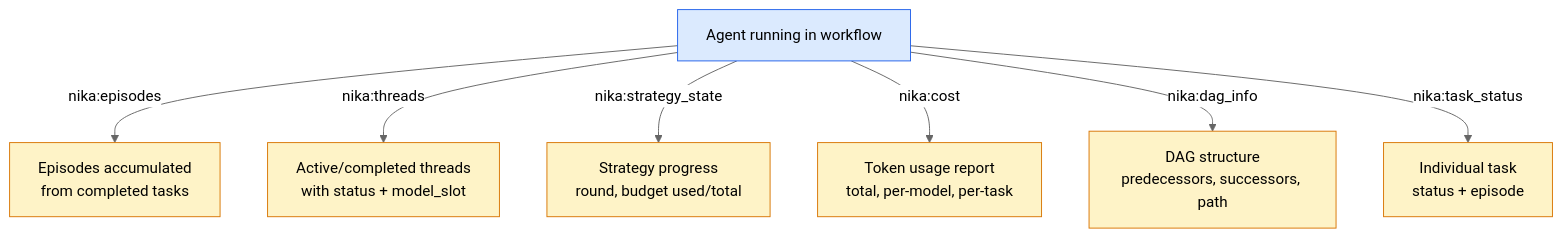
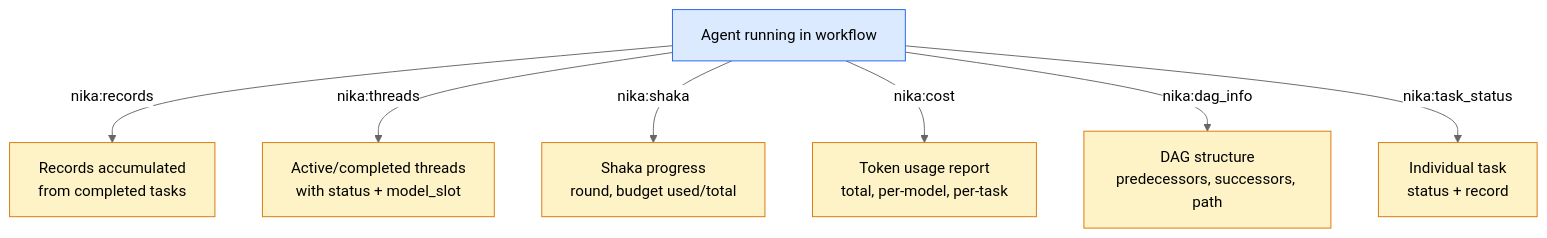
Before and after one commit to supernovae-st/nika: diagram 16 of 23 in docs/brainstorm/nika-evolution/11-nika-030-technical-reference.md, drawn with Mermaid (neutral theme). The commit also changed other lines of this file and 12 other files, not shown here.

````diff
--- a/docs/brainstorm/nika-evolution/11-nika-030-technical-reference.md
+++ b/docs/brainstorm/nika-evolution/11-nika-030-technical-reference.md
@@ -1013,19 +1013,19 @@
 ```mermaid
 flowchart TB
     AGENT["Agent running in workflow"]
 
-    AGENT -->|"nika:episodes"| EP["Episodes accumulated\nfrom completed tasks"]
+    AGENT -->|"nika:records"| EP["Records accumulated\nfrom completed tasks"]
     AGENT -->|"nika:threads"| TH["Active/completed threads\nwith status + model_slot"]
-    AGENT -->|"nika:strategy_state"| SS["Strategy progress\nround, budget used/total"]
+    AGENT -->|"nika:shaka"| SS["Shaka progress\nround, budget used/total"]
     AGENT -->|"nika:cost"| CO["Token usage report\ntotal, per-model, per-task"]
     AGENT -->|"nika:dag_info"| DG["DAG structure\npredecessors, successors, path"]
-    AGENT -->|"nika:task_status"| TS["Individual task\nstatus + episode"]
+    AGENT -->|"nika:task_status"| TS["Individual task\nstatus + record"]
 
     style AGENT fill:#dbeafe,stroke:#2563eb
     style EP fill:#fef3c7,stroke:#d97706
     style TH fill:#fef3c7,stroke:#d97706
     style SS fill:#fef3c7,stroke:#d97706
     style CO fill:#fef3c7,stroke:#d97706
     style DG fill:#fef3c7,stroke:#d97706
     style TS fill:#fef3c7,stroke:#d97706
 ```
````
